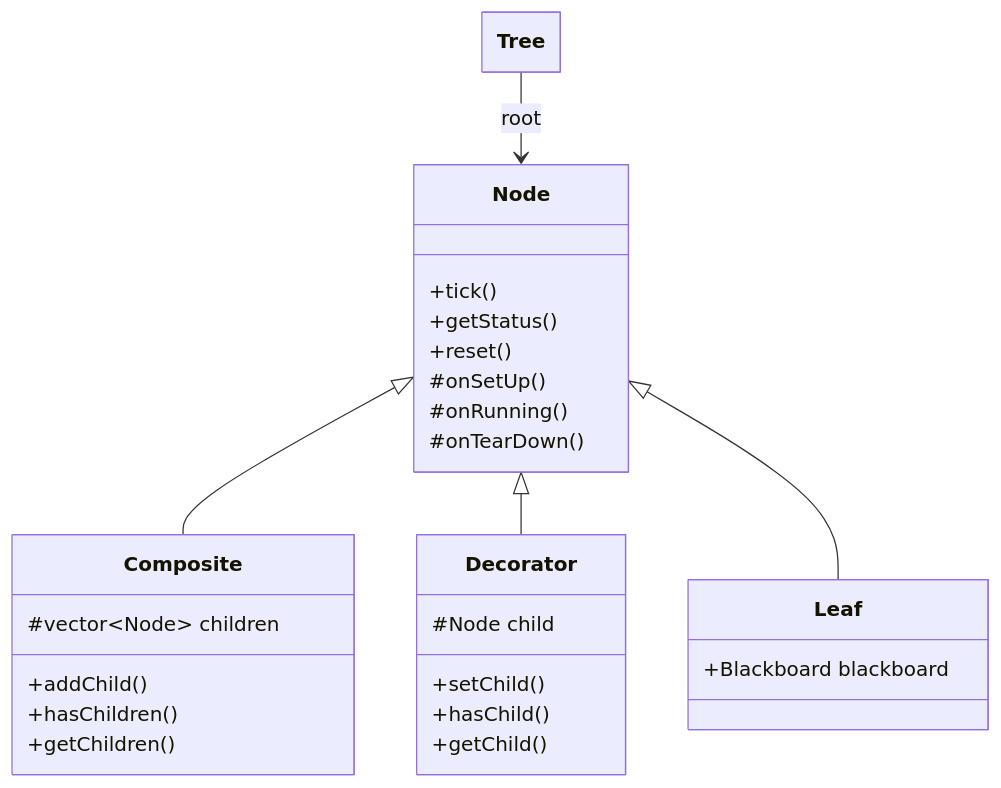
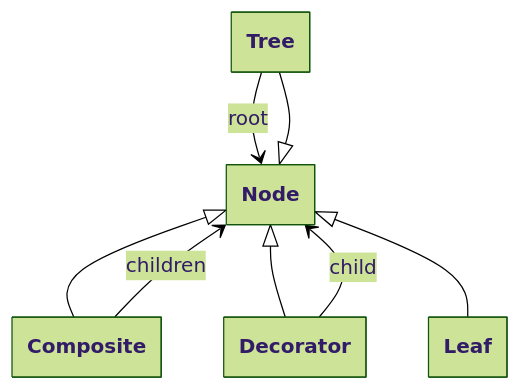
The first of 2 diagrams in README.md (Lecrapouille/BehaviorTree), drawn with Mermaid before and after one commit. The commit also changed other lines of this file and 2 other files, not shown here.

````diff
--- a/README.md
+++ b/README.md
@@ -314,39 +79,25 @@
 ```mermaid
 ---
-  config:
-    class:
-      hideEmptyMembersBox: true
+config:
+  theme: forest
+  class:
+    hideEmptyMembersBox: true
 ---
 classDiagram
-    Node <|-- Composite
-    Node <|-- Decorator
-    Node <|-- Leaf
+    class Tree
+    class Node
+    class Composite
+    class Decorator
+    class Leaf
+
+    Node <|-- Tree
     Tree --> Node : root
 
-    class Node {
-        +tick()
-        +getStatus()
-        +reset()
-        #onSetUp()
-        #onRunning()
-        #onTearDown()
-    }
-    
-    class Leaf {
-        +Blackboard blackboard
-    }
-    
-    class Composite {
-        +addChild()
-        +hasChildren()
-        +getChildren()
-        #vector~Node~ children
-    }
-    
-    class Decorator {
-        +setChild()
-        +hasChild()
-        +getChild()
-        #Node child
-    }
+    Node <|-- Composite
+    Composite --> Node : children
+
+    Node <|-- Decorator
+    Decorator --> Node : child
+
+    Node <|-- Leaf
 ```
````
